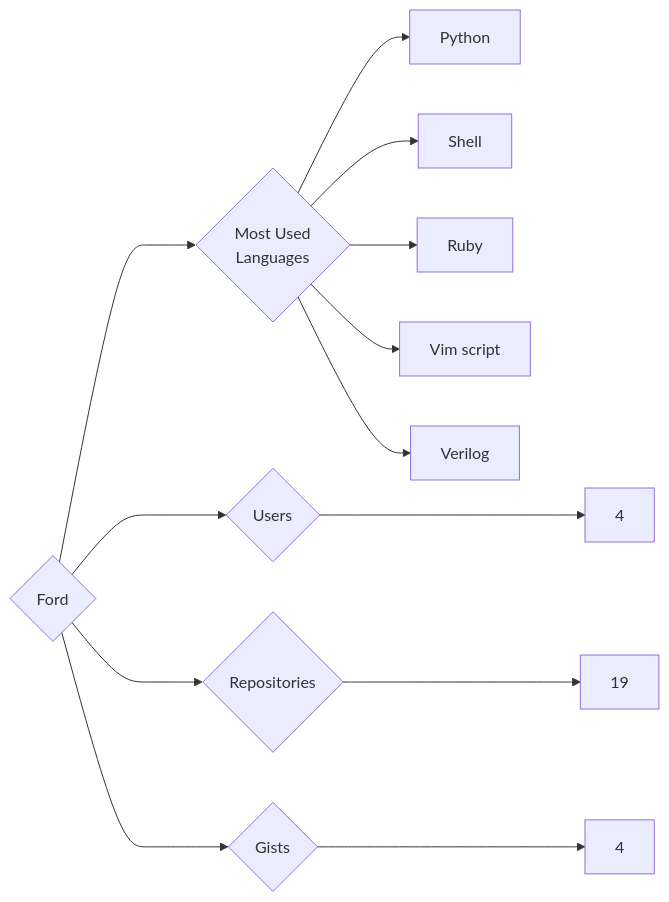
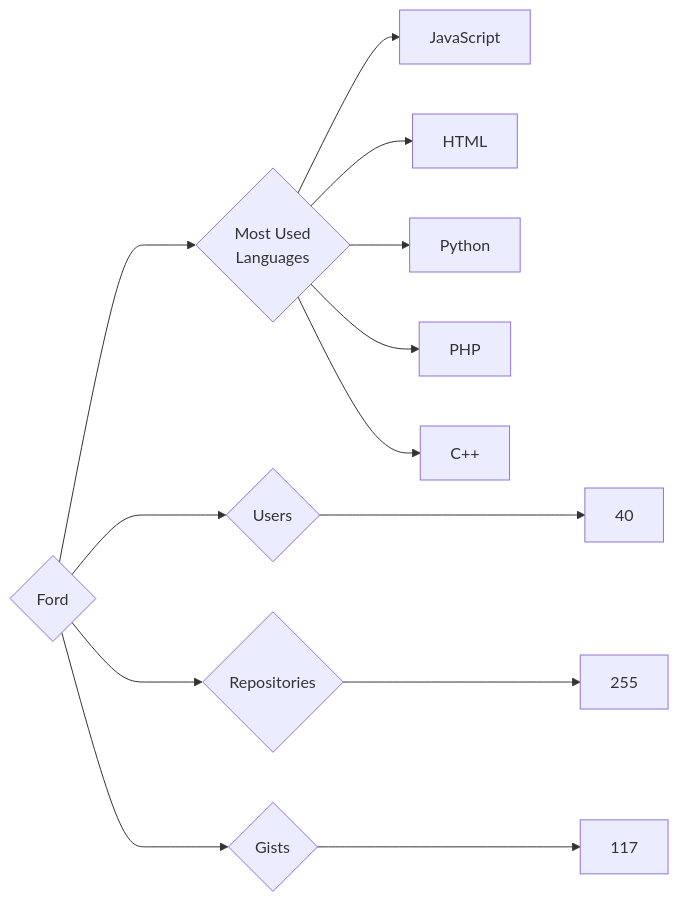
Before and after one commit to trickest/insiders: the diagram in targets/Ford/README.md, drawn with Mermaid. The commit also changed 953 other files, not shown here.

````diff
--- a/targets/Ford/README.md
+++ b/targets/Ford/README.md
@@ -3,13 +3,13 @@
 ```mermaid
 graph LR
 COMPANY_NAME{Ford}
-COMPANY_NAME ---> U{Users} ---> UN[4]
-COMPANY_NAME ---> R{Repositories} ---> RN[19]
-COMPANY_NAME ---> G{Gists} ---> GN[4]
+COMPANY_NAME ---> U{Users} ---> UN[40]
+COMPANY_NAME ---> R{Repositories} ---> RN[255]
+COMPANY_NAME ---> G{Gists} ---> GN[117]
 COMPANY_NAME ---> ML{Most Used<br>Languages}
+ML --> JavaScript[JavaScript]
+ML --> HTML[HTML]
 ML --> Python[Python]
-ML --> Shell[Shell]
-ML --> Ruby[Ruby]
-ML --> Vim_script[Vim script]
-ML --> Verilog[Verilog]
+ML --> PHP[PHP]
+ML --> C++[C++]
 ```
````
